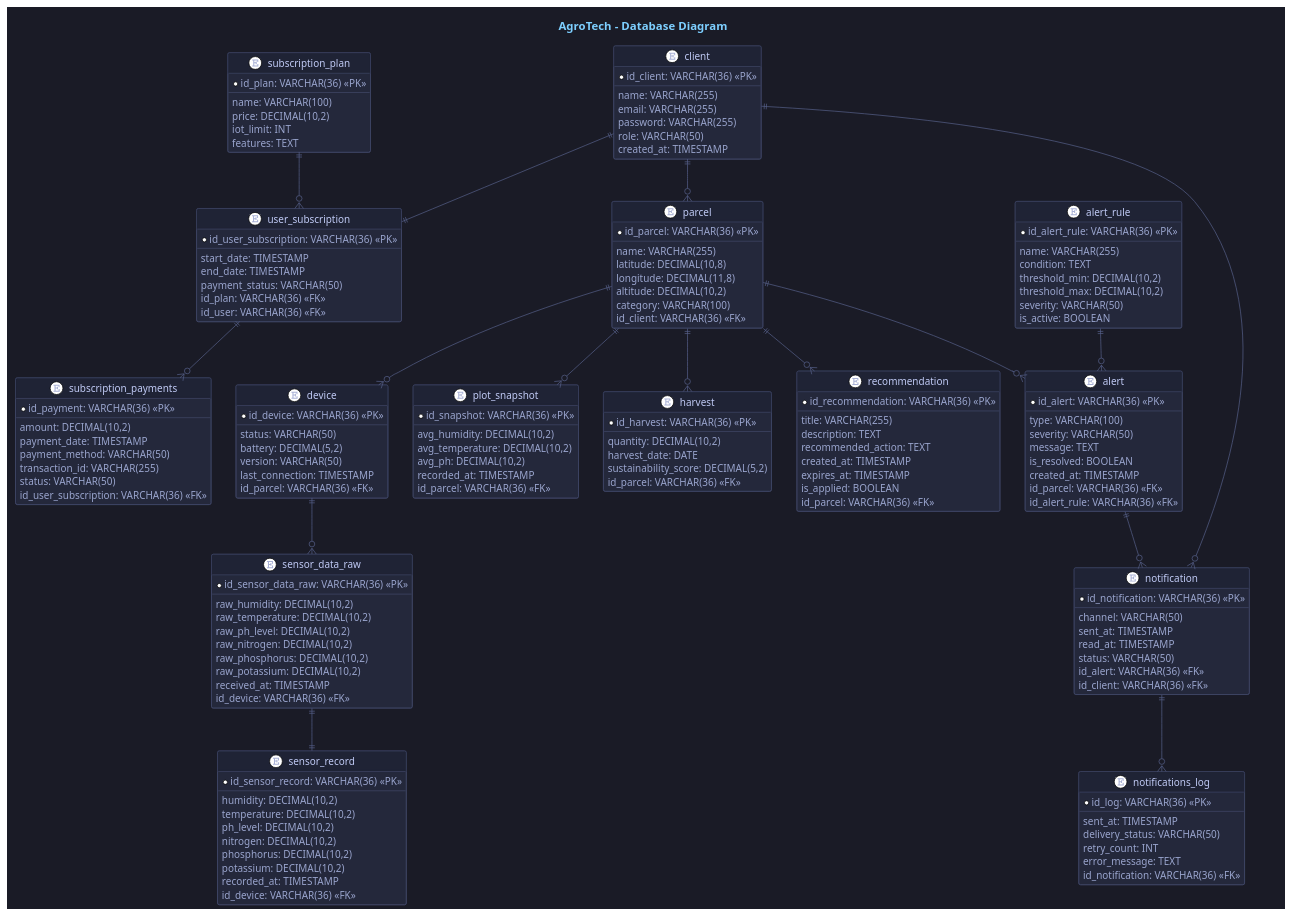
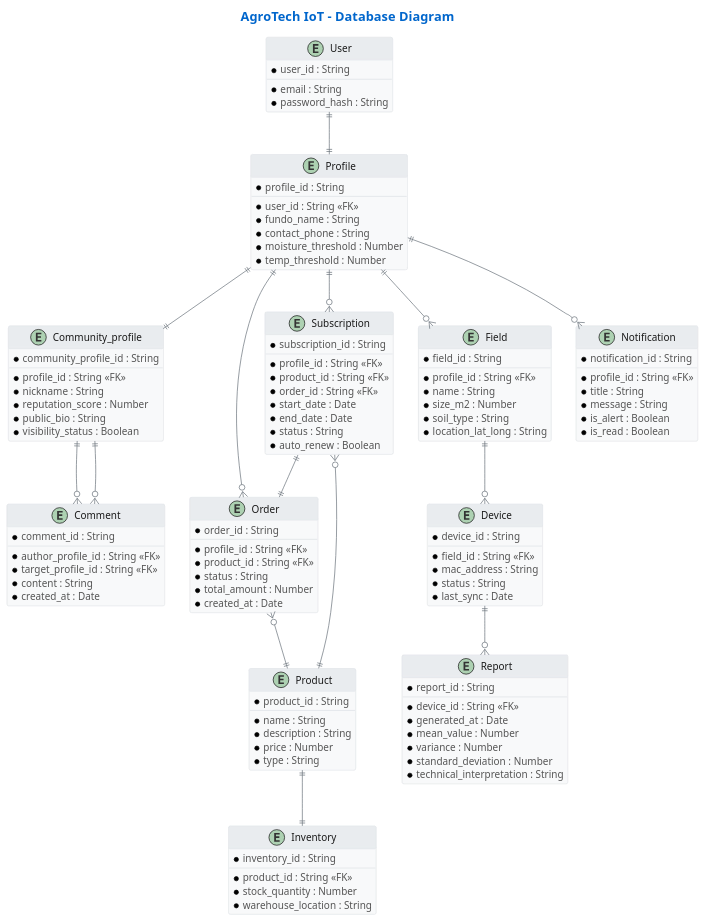
Before and after one commit to 1ASI0730-10215-NovaTech-TerraTech/upc-pre-202610-1asi0730-10215-NovaTech-report: the diagram in report/48-database-diagram.md, drawn with PlantUML. The commit also changed other lines of this file, not shown here.

Commit message:
docs(database): add database diagram update

````diff
--- a/report/48-database-diagram.md
+++ b/report/48-database-diagram.md
@@ -5,233 +5,176 @@
 ```plantuml
 @startuml
-!theme plain
-
-' ==================== DARK THEME CONFIGURATION ====================
-skinparam backgroundColor #1A1B26
-skinparam defaultFontColor #A9B1D6
-skinparam classFontColor #C0CAF5
-skinparam classAttributeFontColor #9AA5CE
+' ==================== LIGHT THEME CONFIGURATION ====================
+skinparam backgroundColor #FFFFFF
+skinparam defaultFontColor #333333
+skinparam classFontColor #1A1A1A
+skinparam classAttributeFontColor #555555
 skinparam class {
-    BackgroundColor #24283B
-    BorderColor #414868
-    HeaderBackgroundColor #1F2335
-    HeaderFontColor #7DCFFF
-    FontColor #C0CAF5
+    BackgroundColor #F8F9FA
+    BorderColor #DEE2E6
+    HeaderBackgroundColor #E9ECEF
+    HeaderFontColor #0066CC
+    FontColor #1A1A1A
 }
 
 skinparam stereotype {
-    BackgroundColor #1A1B26
-    BorderColor #565F89
-    FontColor #7DCFFF
+    BackgroundColor #FFFFFF
+    BorderColor #ADB5BD
+    FontColor #0066CC
 }
 
 skinparam arrow {
-    Color #565F89
-    FontColor #787C99
+    Color #6C757D
+    FontColor #495057
     Thickness 1
 }
 
 skinparam note {
-    BackgroundColor #24283B
-    BorderColor #414868
-    FontColor #A9B1D6
+    BackgroundColor #FFF3CD
+    BorderColor #FFEEBA
+    FontColor #856404
 }
 
+title <color:#0066CC><size:18>AgroTech IoT - Database Diagram</size></color>
 
-title <color:#7DCFFF><size:16>AgroTech - Database Diagram</size></color>
 
-'||-- Business layer --||
-entity client {
-+id_client: VARCHAR(36) <<PK>>
----
-name: VARCHAR(255)
-email: VARCHAR(255)
-password: VARCHAR(255)
-role: VARCHAR(50)
-created_at: TIMESTAMP
+entity User {
+    * user_id : String
+    --
+    * email : String
+    * password_hash : String
 }
 
-entity subscription_plan {
-+id_plan: VARCHAR(36) <<PK>>
----
-name: VARCHAR(100)
-price: DECIMAL(10,2)
-iot_limit: INT
-features: TEXT
+entity Profile {
+    * profile_id : String
+    --
+    * user_id : String <<FK>>
+    * fundo_name : String
+    * contact_phone : String
+    * moisture_threshold : Number
+    * temp_threshold : Number
 }
 
-entity user_subscription {
-+id_user_subscription: VARCHAR(36) <<PK>>
----
-start_date: TIMESTAMP
-end_date: TIMESTAMP
-payment_status: VARCHAR(50)
-id_plan: VARCHAR(36) <<FK>>
-id_user: VARCHAR(36) <<FK>>
+entity Community_profile {
+    * community_profile_id : String
+    --
+    * profile_id : String <<FK>>
+    * nickname : String
+    * reputation_score : Number
+    * public_bio : String
+    * visibility_status : Boolean
 }
 
-'||-- Physical layer --||
-entity parcel {
-+id_parcel: VARCHAR(36) <<PK>>
----
-name: VARCHAR(255)
-latitude: DECIMAL(10,8)
-longitude: DECIMAL(11,8)
-altitude: DECIMAL(10,2)
-category: VARCHAR(100)
-id_client: VARCHAR(36) <<FK>>
+entity Comment {
+    * comment_id : String
+    --
+    * author_profile_id : String <<FK>>
+    * target_profile_id : String <<FK>>
+    * content : String
+    * created_at : Date
 }
 
-entity device {
-+id_device: VARCHAR(36) <<PK>>
----
-status: VARCHAR(50)
-battery: DECIMAL(5,2)
-version: VARCHAR(50)
-last_connection: TIMESTAMP
-id_parcel: VARCHAR(36) <<FK>>
+entity Subscription {
+    * subscription_id : String
+    --
+    * profile_id : String <<FK>>
+    * product_id : String <<FK>>
+    * order_id : String <<FK>>
+    * start_date : Date
+    * end_date : Date
+    * status : String
+    * auto_renew : Boolean
 }
 
-'||-- Raw data --||
-entity sensor_data_raw {
-+id_sensor_data_raw: VARCHAR(36) <<PK>>
----
-raw_humidity: DECIMAL(10,2)
-raw_temperature: DECIMAL(10,2)
-raw_ph_level: DECIMAL(10,2)
-raw_nitrogen: DECIMAL(10,2)
-raw_phosphorus: DECIMAL(10,2)
-raw_potassium: DECIMAL(10,2)
-received_at: TIMESTAMP
-id_device: VARCHAR(36) <<FK>>
+entity Order {
+    * order_id : String
+    --
+    * profile_id : String <<FK>>
+    * product_id : String <<FK>>
+    * status : String
+    * total_amount : Number
+    * created_at : Date
 }
 
-'||-- Analytics data --||
-entity sensor_record {
-+id_sensor_record: VARCHAR(36) <<PK>>
----
-humidity: DECIMAL(10,2)
-temperature: DECIMAL(10,2)
-ph_level: DECIMAL(10,2)
-nitrogen: DECIMAL(10,2)
-phosphorus: DECIMAL(10,2)
-potassium: DECIMAL(10,2)
-recorded_at: TIMESTAMP
-id_device: VARCHAR(36) <<FK>>
+entity Product {
+    * product_id : String
+    --
+    * name : String
+    * description : String
+    * price : Number
+    * type : String
 }
 
-entity plot_snapshot {
-+id_snapshot: VARCHAR(36) <<PK>>
----
-avg_humidity: DECIMAL(10,2)
-avg_temperature: DECIMAL(10,2)
-avg_ph: DECIMAL(10,2)
-recorded_at: TIMESTAMP
-id_parcel: VARCHAR(36) <<FK>>
+entity Field {
+    * field_id : String
+    --
+    * profile_id : String <<FK>>
+    * name : String
+    * size_m2 : Number
+    * soil_type : String
+    * location_lat_long : String
 }
 
-'||-- Outcomes --||
-entity harvest {
-+id_harvest: VARCHAR(36) <<PK>>
----
-quantity: DECIMAL(10,2)
-harvest_date: DATE
-sustainability_score: DECIMAL(5,2)
-id_parcel: VARCHAR(36) <<FK>>
+entity Device {
+    * device_id : String
+    --
+    * field_id : String <<FK>>
+    * mac_address : String
+    * status : String
+    * last_sync : Date
 }
 
-'||-- Alerts & rules --||
-entity alert_rule {
-+id_alert_rule: VARCHAR(36) <<PK>>
----
-name: VARCHAR(255)
-condition: TEXT
-threshold_min: DECIMAL(10,2)
-threshold_max: DECIMAL(10,2)
-severity: VARCHAR(50)
-is_active: BOOLEAN
+entity Report {
+    * report_id : String
+    --
+    * device_id : String <<FK>>
+    * generated_at : Date
+    * mean_value : Number
+    * variance : Number
+    * standard_deviation : Number
+    * technical_interpretation : String
 }
 
-entity alert {
-+id_alert: VARCHAR(36) <<PK>>
----
-type: VARCHAR(100)
-severity: VARCHAR(50)
-message: TEXT
-is_resolved: BOOLEAN
-created_at: TIMESTAMP
-id_parcel: VARCHAR(36) <<FK>>
-id_alert_rule: VARCHAR(36) <<FK>>
+entity Inventory {
+    * inventory_id : String
+    --
+    * product_id : String <<FK>>
+    * stock_quantity : Number
+    * warehouse_location : String
 }
 
-entity notification {
-+id_notification: VARCHAR(36) <<PK>>
----
-channel: VARCHAR(50)
-sent_at: TIMESTAMP
-read_at: TIMESTAMP
-status: VARCHAR(50)
-id_alert: VARCHAR(36) <<FK>>
-id_client: VARCHAR(36) <<FK>>
+entity Notification {
+    * notification_id : String
+    --
+    * profile_id : String <<FK>>
+    * title : String
+    * message : String
+    * is_alert : Boolean
+    * is_read : Boolean
 }
 
-'||-- Recommendations --||
-entity recommendation {
-+id_recommendation: VARCHAR(36) <<PK>>
----
-title: VARCHAR(255)
-description: TEXT
-recommended_action: TEXT
-created_at: TIMESTAMP
-expires_at: TIMESTAMP
-is_applied: BOOLEAN
-id_parcel: VARCHAR(36) <<FK>>
-}
+' Relationships
+User ||--|| Profile
 
-'||-- Subscription payments log --||
-entity subscription_payments {
-+id_payment: VARCHAR(36) <<PK>>
----
-amount: DECIMAL(10,2)
-payment_date: TIMESTAMP
-payment_method: VARCHAR(50)
-transaction_id: VARCHAR(255)
-status: VARCHAR(50)
-id_user_subscription: VARCHAR(36) <<FK>>
-}
+' Operational Hub (Profile)
+Profile ||--|| Community_profile
+Profile ||--o{ Order
+Profile ||--o{ Subscription
+Profile ||--o{ Notification
+Profile ||--o{ Field
 
-'||-- Notifications log --||
-entity notifications_log {
-+id_log: VARCHAR(36) <<PK>>
----
-sent_at: TIMESTAMP
-delivery_status: VARCHAR(50)
-retry_count: INT
-error_message: TEXT
-id_notification: VARCHAR(36) <<FK>>
-}
+' Social Interaction
+Community_profile ||--o{ Comment
+Community_profile ||--o{ Comment
 
-'||-- Relations --||
-client ||--o{ parcel
-client ||--|| user_subscription
-client ||--o{ notification
+' Logic Connections
+Order }o--|| Product
+Subscription }o--|| Product
+Subscription ||--|| Order
 
-subscription_plan ||--o{ user_subscription
-
-parcel ||--o{ device
-parcel ||--o{ plot_snapshot
-parcel ||--o{ harvest
-parcel ||--o{ alert
-parcel ||--o{ recommendation
-
-device ||--o{ sensor_data_raw
-sensor_data_raw ||--|| sensor_record
-
-alert_rule ||--o{ alert
-alert ||--o{ notification
-
-user_subscription ||--o{ subscription_payments
-notification ||--o{ notifications_log
+Field ||--o{ Device
+Device ||--o{ Report
+Product ||--|| Inventory
 
 @enduml
 ```
````
